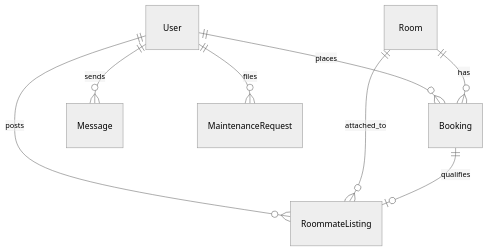
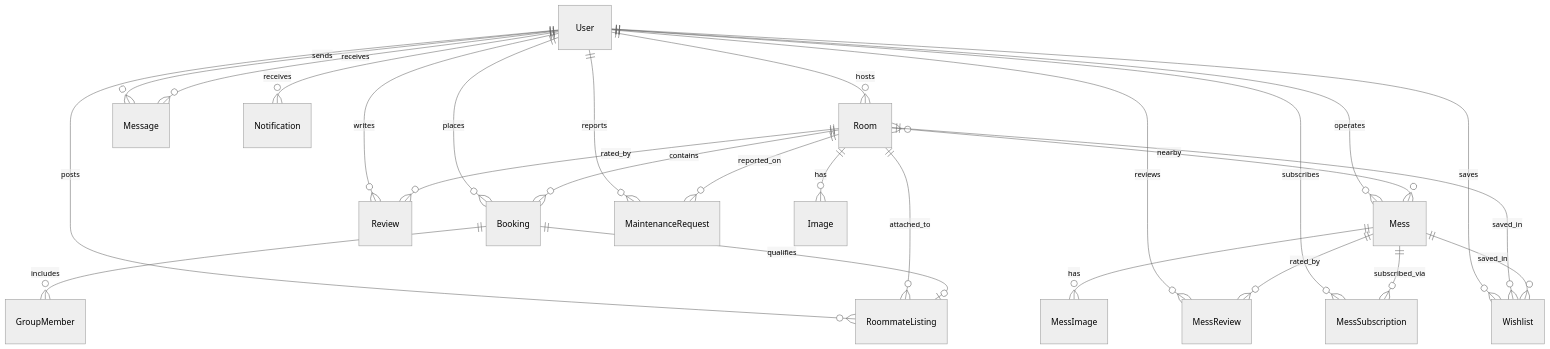
One commit to adwaitumredkar1818/Homely changed the diagram in README.md. Above: the diagram before and after it, drawn with Mermaid (neutral theme). The commit also changed other lines of this file, not shown here.

Commit message:
docs: update project README with refined feature descriptions, tech stack details, and an expanded Mermaid ER schema.

````diff
--- a/README.md
+++ b/README.md
@@ -49,10 +57,31 @@
 ```mermaid
 erDiagram
+    User ||--o{ Room : hosts
     User ||--o{ Booking : places
+    User ||--o{ Message : sends
+    User ||--o{ Message : receives
+    User ||--o{ Review : writes
+    User ||--o{ Mess : operates
+    User ||--o{ MessSubscription : subscribes
+    User ||--o{ MessReview : reviews
+    User ||--o{ Wishlist : saves
+    User ||--o{ MaintenanceRequest : reports
+    User ||--o{ Notification : receives
     User ||--o{ RoommateListing : posts
-    User ||--o{ Message : sends
-    User ||--o{ MaintenanceRequest : files
-    Room ||--o{ Booking : has
+
+    Room ||--o{ Image : has
+    Room ||--o{ Booking : contains
+    Room ||--o{ Review : rated_by
+    Room }o--o{ Mess : nearby
+    Room ||--o{ Wishlist : saved_in
+    Room ||--o{ MaintenanceRequest : reported_on
     Room ||--o{ RoommateListing : attached_to
+
+    Booking ||--o{ GroupMember : includes
     Booking ||--o| RoommateListing : qualifies
+
+    Mess ||--o{ MessImage : has
+    Mess ||--o{ MessReview : rated_by
+    Mess ||--o{ MessSubscription : subscribed_via
+    Mess ||--o{ Wishlist : saved_in
 ```
````
